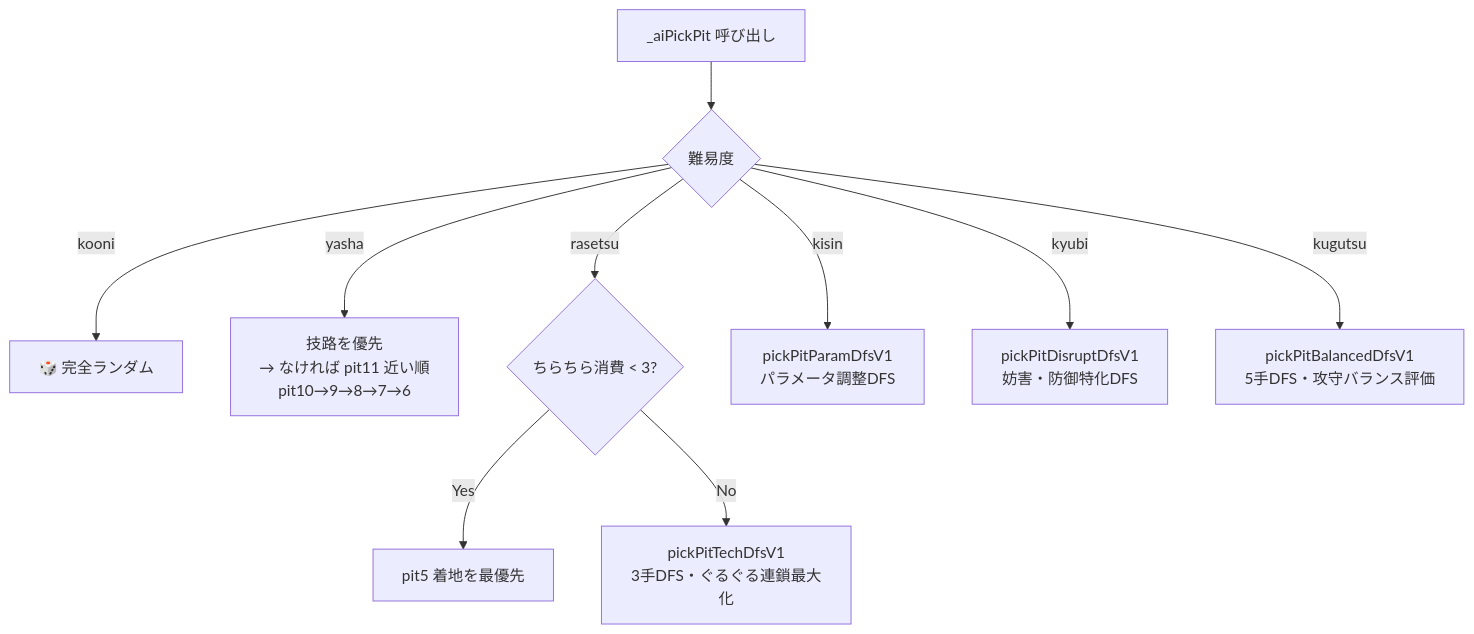
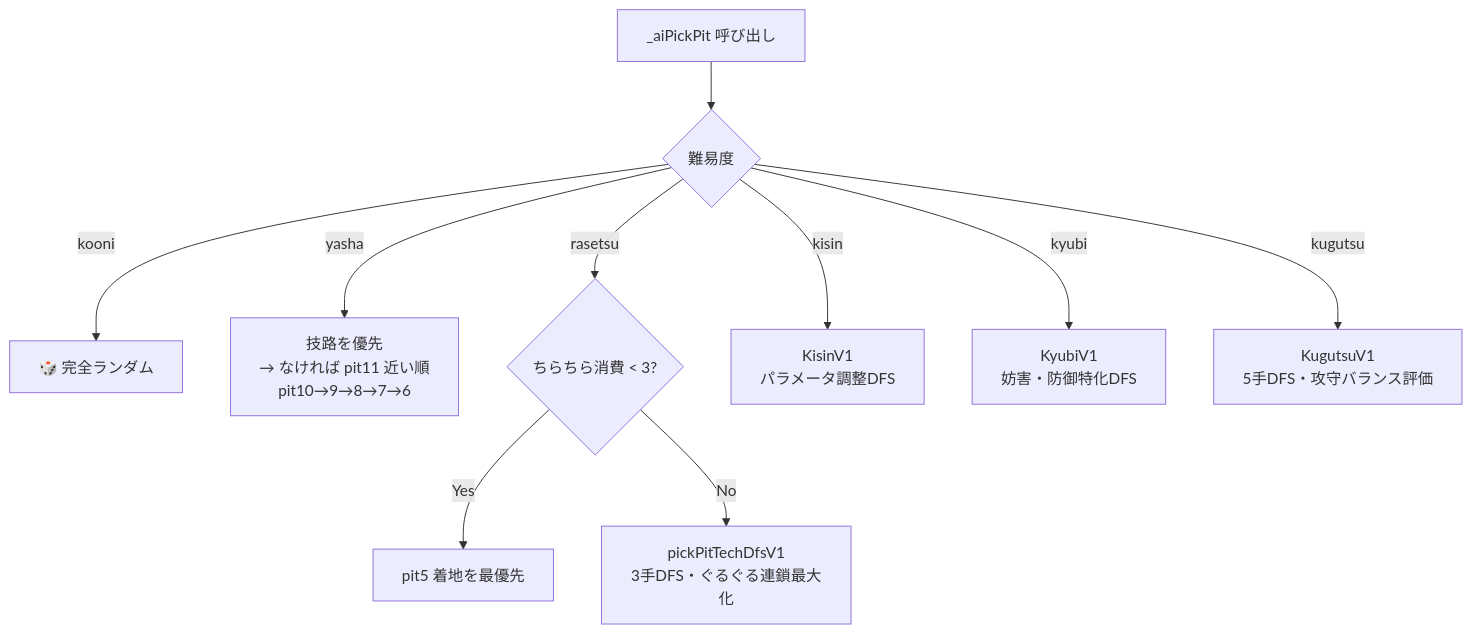
The first of 2 diagrams in GUIDE.md (Ryona272/ManColor), drawn with Mermaid before and after one commit. The commit also changed other lines of this file, not shown here.

````diff
--- a/GUIDE.md
+++ b/GUIDE.md
@@ -50,12 +50,12 @@
 ```mermaid
 flowchart TD
     S[_aiPickPit 呼び出し] --> D{難易度}
     D -->|kooni| R["🎲 完全ランダム"]
     D -->|yasha| Y["技路を優先\n→ なければ pit11 近い順\n  pit10→9→8→7→6"]
     D -->|rasetsu| C{ちらちら消費 < 3?}
     C -->|Yes| P5["pit5 着地を最優先"]
     C -->|No| T["pickPitTechDfsV1\n3手DFS・ぐるぐる連鎖最大化"]
-    D -->|kisin| K["pickPitParamDfsV1\nパラメータ調整DFS"]
-    D -->|kyubi| Q["pickPitDisruptDfsV1\n妨害・防御特化DFS"]
-    D -->|kugutsu| G["pickPitBalancedDfsV1\n5手DFS・攻守バランス評価"]
+    D -->|kisin| K["KisinV1\nパラメータ調整DFS"]
+    D -->|kyubi| Q["KyubiV1\n妨害・防御特化DFS"]
+    D -->|kugutsu| G["KugutsuV1\n5手DFS・攻守バランス評価"]
 ```
````
